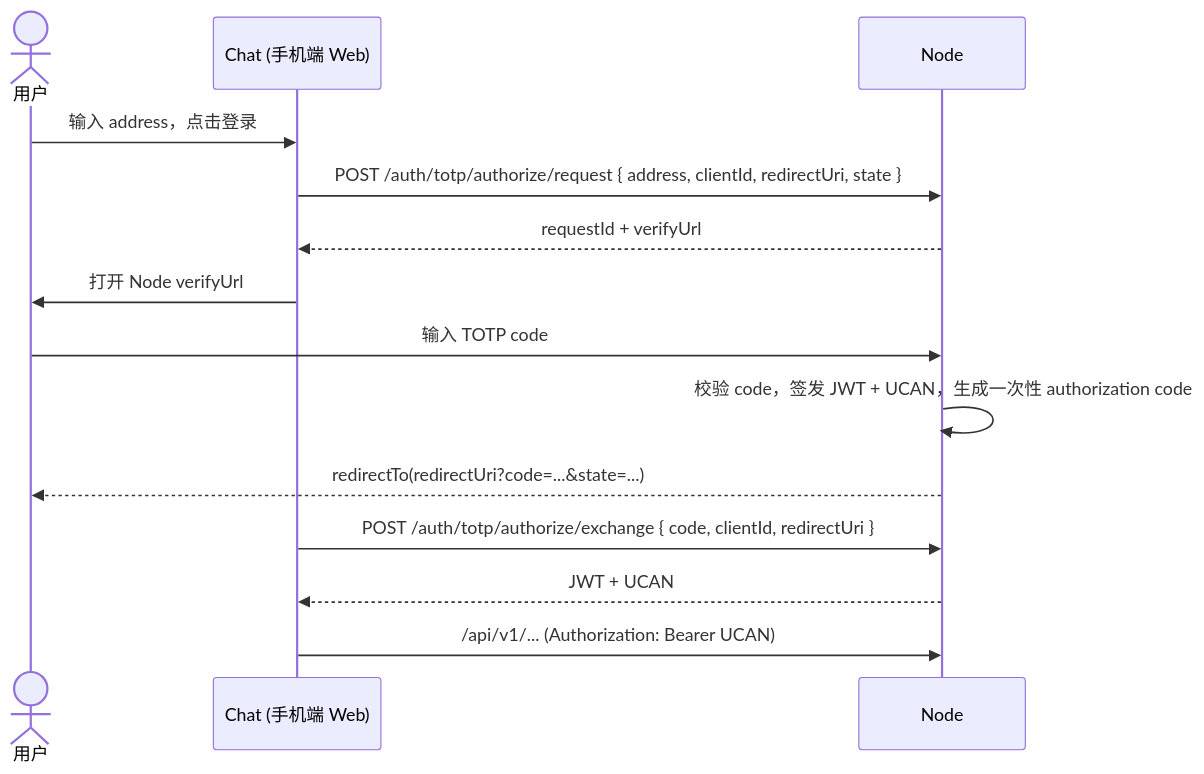
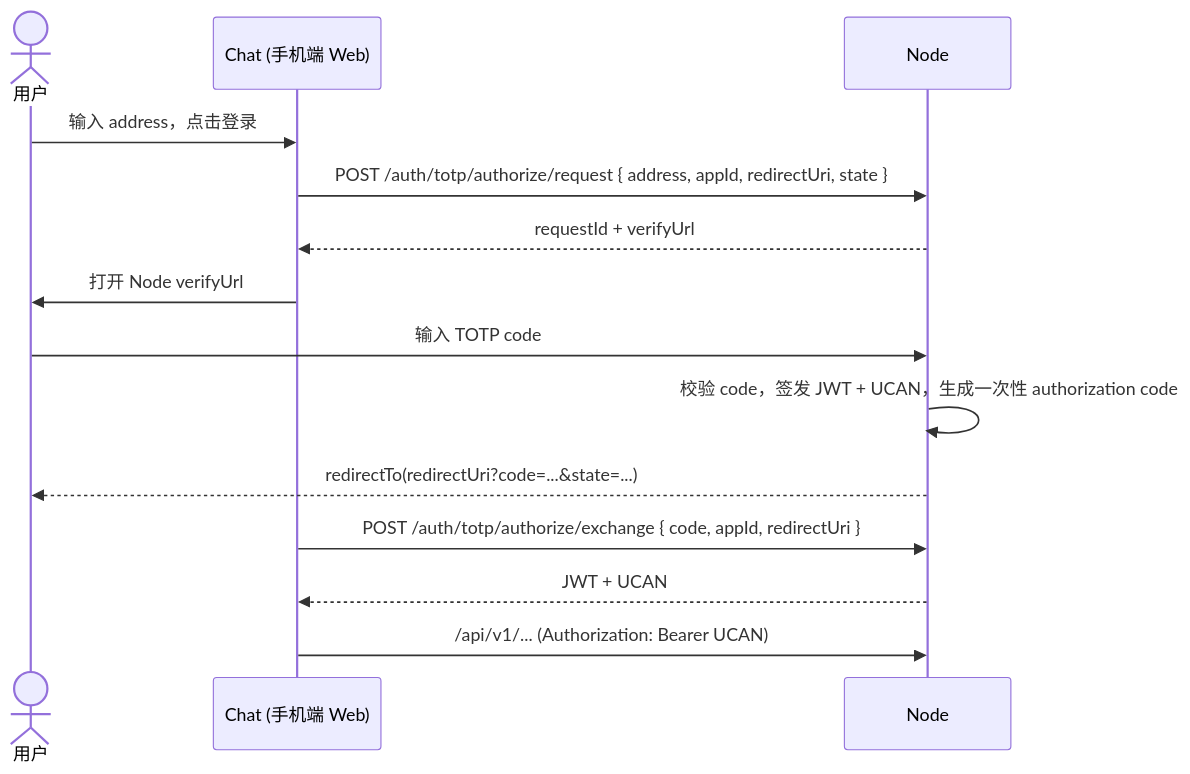
The fifth of 5 diagrams in docs/登录授权.md (yeying-community/node), drawn with Mermaid before and after one commit. The commit also changed other lines of this file and 12 other files, not shown here.

Commit message:
refactor(auth): rename totp authorize clientId to appId

````diff
--- a/docs/登录授权.md
+++ b/docs/登录授权.md
@@ -108,17 +108,17 @@
 ```mermaid
 sequenceDiagram
   actor U as 用户
   participant C as Chat (手机端 Web)
   participant N as Node
 
   U ->> C: 输入 address，点击登录
-  C ->> N: POST /auth/totp/authorize/request { address, clientId, redirectUri, state }
+  C ->> N: POST /auth/totp/authorize/request { address, appId, redirectUri, state }
   N -->> C: requestId + verifyUrl
   C ->> U: 打开 Node verifyUrl
   U ->> N: 输入 TOTP code
   N ->> N: 校验 code，签发 JWT + UCAN，生成一次性 authorization code
   N -->> U: redirectTo(redirectUri?code=...&state=...)
-  C ->> N: POST /auth/totp/authorize/exchange { code, clientId, redirectUri }
+  C ->> N: POST /auth/totp/authorize/exchange { code, appId, redirectUri }
   N -->> C: JWT + UCAN
   C ->> N: /api/v1/... (Authorization: Bearer UCAN)
 ```
````
